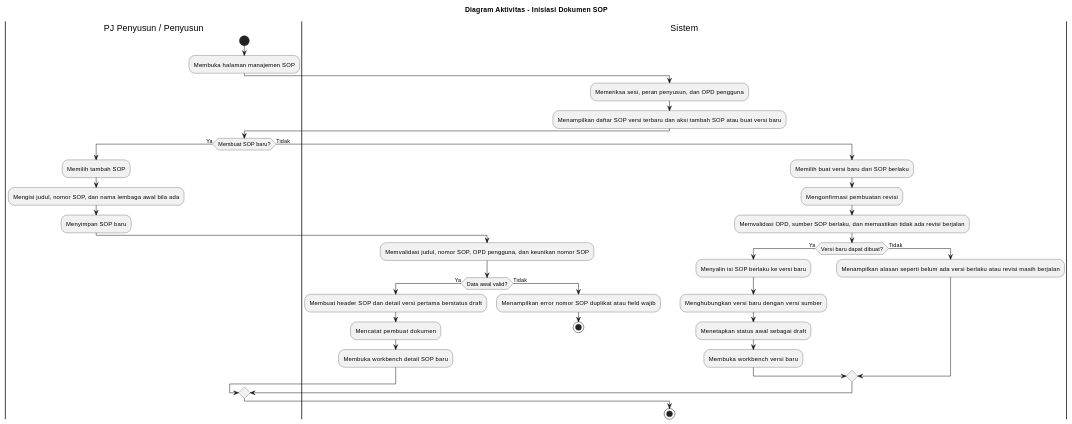
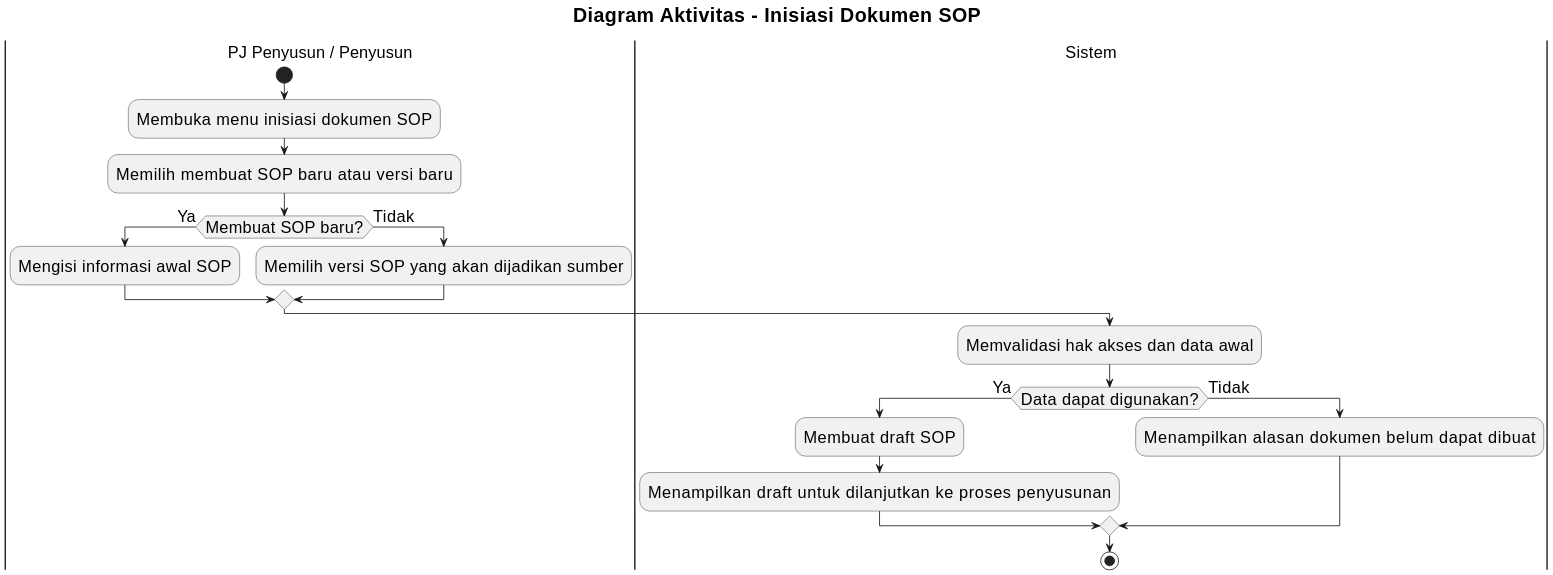
One commit to howlil/sop-generate-app changed the diagram in docs/activity-diagram/lampiran/pj-penyusun-penyusun-inisiasi-dokumen-sop.md. Above: the diagram before and after it, drawn with PlantUML. The commit also changed other lines of this file and 20 other files, not shown here.

Commit message:
docs(activity): align all activity diagrams with use cases

````diff
--- a/docs/activity-diagram/lampiran/pj-penyusun-penyusun-inisiasi-dokumen-sop.md
+++ b/docs/activity-diagram/lampiran/pj-penyusun-penyusun-inisiasi-dokumen-sop.md
@@ -16,49 +16,33 @@
 ```plantuml
 @startuml
+skinparam defaultFontSize 20
+skinparam titleFontSize 24
+skinparam dpi 160
+
 title Diagram Aktivitas - Inisiasi Dokumen SOP
 
 |PJ Penyusun / Penyusun|
 start
-:Membuka halaman manajemen SOP;
+:Membuka menu inisiasi dokumen SOP;
+:Memilih membuat SOP baru atau versi baru;
+
+if (Membuat SOP baru?) then (Ya)
+  :Mengisi informasi awal SOP;
+else (Tidak)
+  :Memilih versi SOP yang akan dijadikan sumber;
+endif
 
 |Sistem|
-:Memeriksa sesi, peran penyusun, dan OPD pengguna;
-:Menampilkan daftar SOP versi terbaru dan aksi tambah SOP atau buat versi baru;
+:Memvalidasi hak akses dan data awal;
 
-|PJ Penyusun / Penyusun|
-if (Membuat SOP baru?) then (Ya)
-  :Memilih tambah SOP;
-  :Mengisi judul, nomor SOP, dan nama lembaga awal bila ada;
-  :Menyimpan SOP baru;
-
-  |Sistem|
-  :Memvalidasi judul, nomor SOP, OPD pengguna, dan keunikan nomor SOP;
-
-  if (Data awal valid?) then (Ya)
-    :Membuat header SOP dan detail versi pertama berstatus draft;
-    :Mencatat pembuat dokumen;
-    :Membuka workbench detail SOP baru;
-  else (Tidak)
-    :Menampilkan error nomor SOP duplikat atau field wajib;
-    stop
-  endif
+if (Data dapat digunakan?) then (Ya)
+  :Membuat draft SOP;
+  :Menampilkan draft untuk dilanjutkan ke proses penyusunan;
 else (Tidak)
-  :Memilih buat versi baru dari SOP berlaku;
-  :Mengonfirmasi pembuatan revisi;
-
-  |Sistem|
-  :Memvalidasi OPD, sumber SOP berlaku, dan memastikan tidak ada revisi berjalan;
-
-  if (Versi baru dapat dibuat?) then (Ya)
-    :Menyalin isi SOP berlaku ke versi baru;
-    :Menghubungkan versi baru dengan versi sumber;
-    :Menetapkan status awal sebagai draft;
-    :Membuka workbench versi baru;
-  else (Tidak)
-    :Menampilkan alasan seperti belum ada versi berlaku atau revisi masih berjalan;
-  endif
+  :Menampilkan alasan dokumen belum dapat dibuat;
 endif
 
 stop
+
 @enduml
 ```
````
